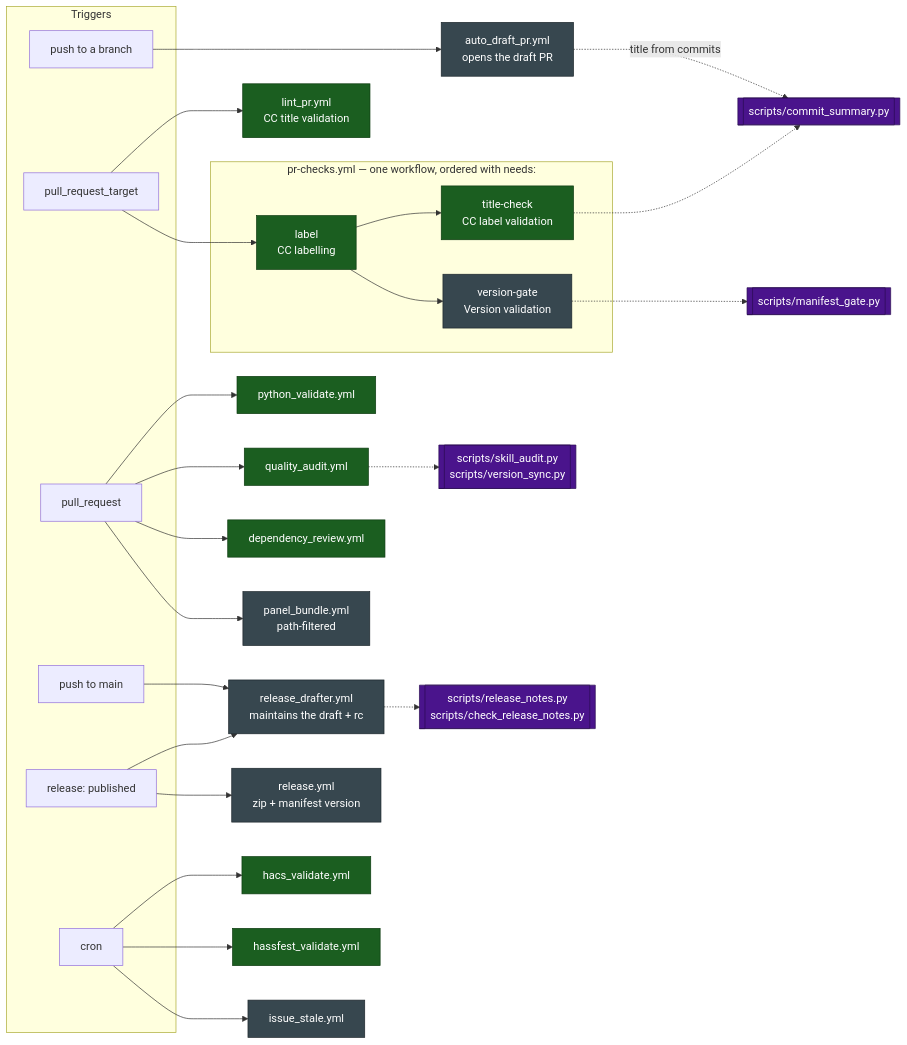
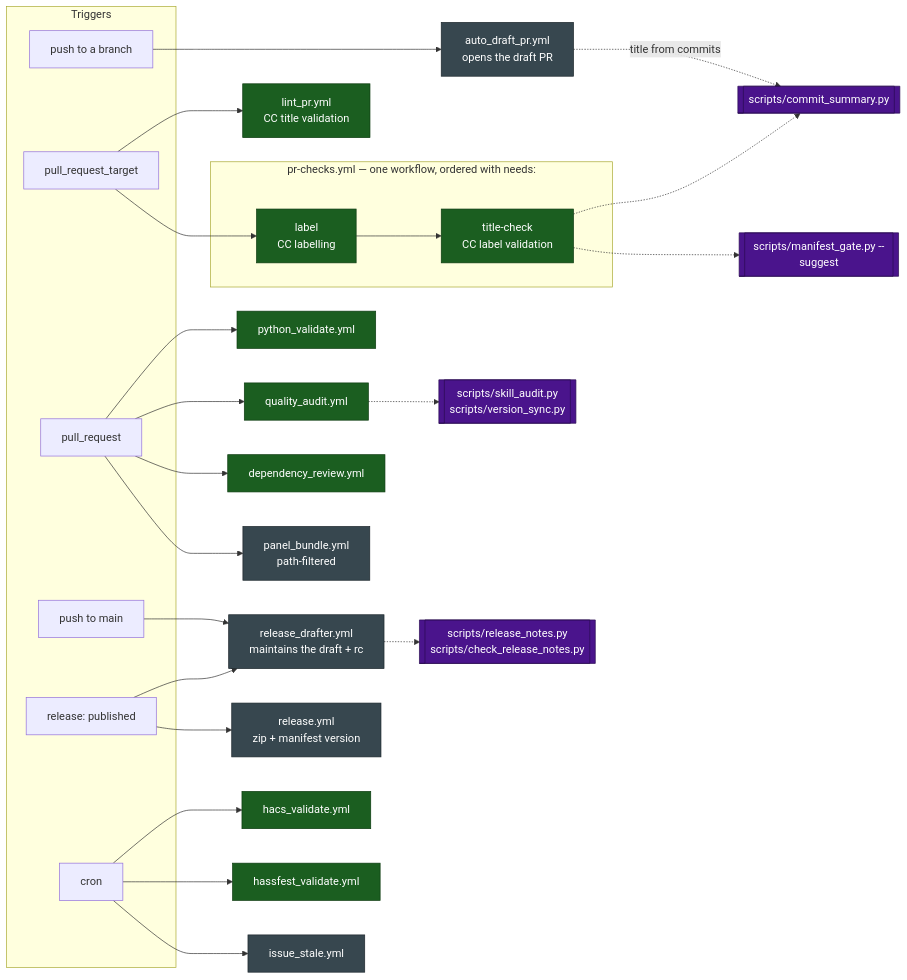
The first of 3 diagrams in docs/workflow-map.md (PineappleEmperor/ha-skills), drawn with Mermaid before and after one commit. The commit also changed other lines of this file, not shown here.

Commit message:
docs: drop the deleted version gate from the map

````diff
--- a/docs/workflow-map.md
+++ b/docs/workflow-map.md
@@ -56,46 +55,45 @@
 ```mermaid
 flowchart LR
   subgraph T[Triggers]
     P1[push to a branch]
     P2[pull_request_target]
     P3[pull_request]
     P4[push to main]
     P5[release: published]
     P6[cron]
   end
 
   P1 --> ADP[auto_draft_pr.yml<br/>opens the draft PR]
   ADP -.->|title from commits| CS[[scripts/commit_summary.py]]
 
   P2 --> LINT[lint_pr.yml<br/>CC title validation]
   P3 --> PY[python_validate.yml]
   P3 --> QA[quality_audit.yml]
   P3 --> DR[dependency_review.yml]
   P3 --> FE[panel_bundle.yml<br/>path-filtered]
 
   subgraph PRC[pr-checks.yml — one workflow, ordered with needs:]
     L[label<br/>CC labelling] --> TC[title-check<br/>CC label validation]
-    L --> VG[version-gate<br/>Version validation]
   end
   P2 --> L
 
   TC -.-> CS
-  VG -.-> MG[[scripts/manifest_gate.py]]
+  TC -.-> MG[[scripts/manifest_gate.py --suggest]]
   QA -.-> SA[[scripts/skill_audit.py<br/>scripts/version_sync.py]]
 
   P4 --> RD[release_drafter.yml<br/>maintains the draft + rc]
   P5 --> RD
   P5 --> REL[release.yml<br/>zip + manifest version]
   RD -.-> RN[[scripts/release_notes.py<br/>scripts/check_release_notes.py]]
 
   P6 --> HACS[hacs_validate.yml]
   P6 --> HASS[hassfest_validate.yml]
   P6 --> ST[issue_stale.yml]
 
   classDef req fill:#1b5e20,stroke:#0d3b10,color:#fff
   classDef notreq fill:#37474f,stroke:#1c262b,color:#fff
   classDef script fill:#4a148c,stroke:#2a0b50,color:#fff
   class LINT,L,TC,PY,QA,DR,HACS,HASS req
-  class VG,FE,ADP,RD,REL,ST notreq
+  class FE,ADP,RD,REL,ST notreq
   class CS,MG,SA,RN script
 ```
````
